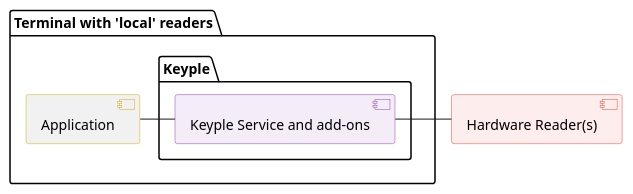
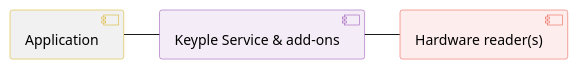
Before and after one commit to yvonneyam/keyple-website: the diagram in media/learn/developer-guide/standalone-application/Local_Application_Components_Overview.puml, drawn with PlantUML. The commit also changed 8 other files, not shown here.

```diff
--- a/media/learn/developer-guide/standalone-application/Local_Application_Components_Overview.puml
+++ b/media/learn/developer-guide/standalone-application/Local_Application_Components_Overview.puml
@@ -1,48 +1,39 @@
 @startuml
 ' == THEME ==
 
 'Couleurs issues de : https://htmlcolorcodes.com/fr/tableau-de-couleur/tableau-de-couleur-design-plat/
 skinparam Shadowing false
 skinparam component {
     BorderColor #D4AC0D
     ' Red
     BackgroundColor<<red>> #FDEDEC
     BorderColor<<red>> #E74C3C
     ' Purple
     BackgroundColor<<purple>> #F4ECF7
     BorderColor<<purple>> #8E44AD
     ' blue
     BackgroundColor<<blue>> #EBF5FB
     BorderColor<<blue>> #3498DB
     ' Green
     BackgroundColor<<green>> #E9F7EF
     BorderColor<<green>> #27AE60
     ' Grey
     BackgroundColor<<grey>> #EAECEE
     BorderColor<<grey>> #2C3E50
 }
 hide <<red>> stereotype
 hide <<purple>> stereotype
 hide <<blue>> stereotype
 hide <<green>> stereotype
 hide <<grey>> stereotype
 
 ' == CONTENT ==
 
-[Hardware Reader(s)] as reader <<red>>
-' [Smart card] as smartcard <<green>>
-
-package "Terminal with 'local' readers" {
-    [Application] as appA
-    package "Keyple" as localKeyple {
-        [Keyple Service and add-ons] as localKeypleLibs <<purple>>
-    }
-}
-
-
+[Hardware reader(s)] as reader <<red>>
+[Application] as appA
+[Keyple Service & add-ons] as localKeypleLibs <<purple>>
 
 appA - localKeypleLibs
 localKeypleLibs - reader
 
-
 @enduml
```
